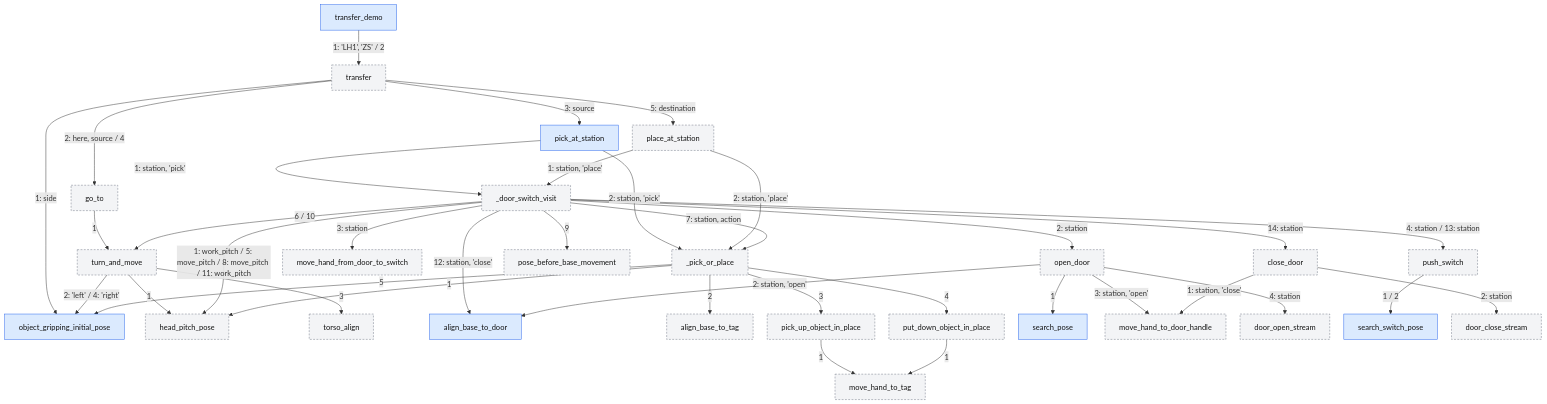
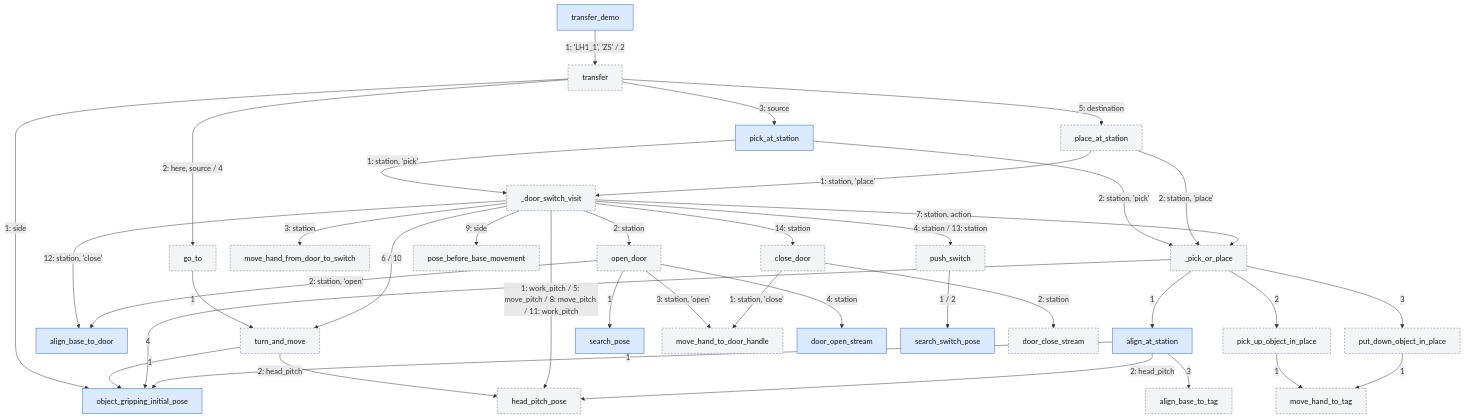
Before and after one commit to acjcjoon/rby1-project: the second of 4 diagrams in rby1_planner/docs/task_graph.md, drawn with Mermaid. The commit also changed other lines of this file and 4 other files, not shown here.

Commit message:
20261126_ second day -search pose

````diff
--- a/rby1_planner/docs/task_graph.md
+++ b/rby1_planner/docs/task_graph.md
@@ -121,71 +129,72 @@
 ```mermaid
 %%{init: {"flowchart": {"useMaxWidth": false, "nodeSpacing": 30, "rankSpacing": 50}}}%%
 flowchart TD
   transfer_demo["transfer_demo"]
   transfer["transfer"]
   object_gripping_initial_pose["object_gripping_initial_pose"]
   go_to["go_to"]
   pick_at_station["pick_at_station"]
   place_at_station["place_at_station"]
   turn_and_move["turn_and_move"]
   _door_switch_visit["_door_switch_visit"]
   _pick_or_place["_pick_or_place"]
   head_pitch_pose["head_pitch_pose"]
-  torso_align["torso_align"]
   open_door["open_door"]
   move_hand_from_door_to_switch["move_hand_from_door_to_switch"]
   push_switch["push_switch"]
   pose_before_base_movement["pose_before_base_movement"]
   align_base_to_door["align_base_to_door"]
   close_door["close_door"]
-  align_base_to_tag["align_base_to_tag"]
+  align_at_station["align_at_station"]
   pick_up_object_in_place["pick_up_object_in_place"]
   put_down_object_in_place["put_down_object_in_place"]
   search_pose["search_pose"]
   move_hand_to_door_handle["move_hand_to_door_handle"]
   door_open_stream["door_open_stream"]
   search_switch_pose["search_switch_pose"]
   door_close_stream["door_close_stream"]
+  align_base_to_tag["align_base_to_tag"]
   move_hand_to_tag["move_hand_to_tag"]
-  transfer_demo -->|"1: 'LH1', 'ZS' / 2"| transfer
+  transfer_demo -->|"1: 'LH1_1', 'ZS' / 2"| transfer
   transfer -->|"1: side"| object_gripping_initial_pose
   transfer -->|"2: here, source / 4"| go_to
   transfer -->|"3: source"| pick_at_station
   transfer -->|"5: destination"| place_at_station
   go_to -->|"1"| turn_and_move
   pick_at_station -->|"1: station, 'pick'"| _door_switch_visit
   pick_at_station -->|"2: station, 'pick'"| _pick_or_place
   place_at_station -->|"1: station, 'place'"| _door_switch_visit
   place_at_station -->|"2: station, 'place'"| _pick_or_place
-  turn_and_move -->|"1"| head_pitch_pose
-  turn_and_move -->|"2: 'left' / 4: 'right'"| object_gripping_initial_pose
-  turn_and_move -->|"3"| torso_align
+  turn_and_move -->|"1"| object_gripping_initial_pose
+  turn_and_move -->|"2: head_pitch"| head_pitch_pose
   _door_switch_visit -->|"1: work_pitch / 5: move_pitch / 8: move_pitch / 11: work_pitch"| head_pitch_pose
   _door_switch_visit -->|"2: station"| open_door
   _door_switch_visit -->|"3: station"| move_hand_from_door_to_switch
   _door_switch_visit -->|"4: station / 13: station"| push_switch
   _door_switch_visit -->|"6 / 10"| turn_and_move
   _door_switch_visit -->|"7: station, action"| _pick_or_place
-  _door_switch_visit -->|"9"| pose_before_base_movement
+  _door_switch_visit -->|"9: side"| pose_before_base_movement
   _door_switch_visit -->|"12: station, 'close'"| align_base_to_door
   _door_switch_visit -->|"14: station"| close_door
-  _pick_or_place -->|"1"| head_pitch_pose
-  _pick_or_place -->|"2"| align_base_to_tag
-  _pick_or_place -->|"3"| pick_up_object_in_place
-  _pick_or_place -->|"4"| put_down_object_in_place
-  _pick_or_place -->|"5"| object_gripping_initial_pose
+  _pick_or_place -->|"1"| align_at_station
+  _pick_or_place -->|"2"| pick_up_object_in_place
+  _pick_or_place -->|"3"| put_down_object_in_place
+  _pick_or_place -->|"4"| object_gripping_initial_pose
   open_door -->|"1"| search_pose
   open_door -->|"2: station, 'open'"| align_base_to_door
   open_door -->|"3: station, 'open'"| move_hand_to_door_handle
   open_door -->|"4: station"| door_open_stream
   push_switch -->|"1 / 2"| search_switch_pose
   close_door -->|"1: station, 'close'"| move_hand_to_door_handle
   close_door -->|"2: station"| door_close_stream
+  align_at_station -->|"1"| object_gripping_initial_pose
+  align_at_station -->|"2: head_pitch"| head_pitch_pose
+  align_at_station -->|"3"| align_base_to_tag
   pick_up_object_in_place -->|"1"| move_hand_to_tag
   put_down_object_in_place -->|"1"| move_hand_to_tag
   classDef registered fill:#dbeafe,stroke:#2563eb,color:#111;
   classDef internal fill:#f3f4f6,stroke:#6b7280,stroke-dasharray:4 3,color:#111;
   classDef unused fill:#fee2e2,stroke:#dc2626,stroke-dasharray:4 3,color:#111;
-  class transfer_demo,object_gripping_initial_pose,pick_at_station,align_base_to_door,search_pose,search_switch_pose registered;
-  class transfer,go_to,place_at_station,turn_and_move,_door_switch_visit,_pick_or_place,head_pitch_pose,torso_align,open_door,move_hand_from_door_to_switch,push_switch,pose_before_base_movement,close_door,align_base_to_tag,pick_up_object_in_place,put_down_object_in_place,move_hand_to_door_handle,door_open_stream,door_close_stream,move_hand_to_tag internal;
+  class transfer_demo,object_gripping_initial_pose,pick_at_station,align_base_to_door,align_at_station,search_pose,door_open_stream,search_switch_pose registered;
+  class transfer,go_to,place_at_station,turn_and_move,_door_switch_visit,_pick_or_place,head_pitch_pose,open_door,move_hand_from_door_to_switch,push_switch,pose_before_base_movement,close_door,pick_up_object_in_place,put_down_object_in_place,move_hand_to_door_handle,door_close_stream,align_base_to_tag,move_hand_to_tag internal;
 ```
````
